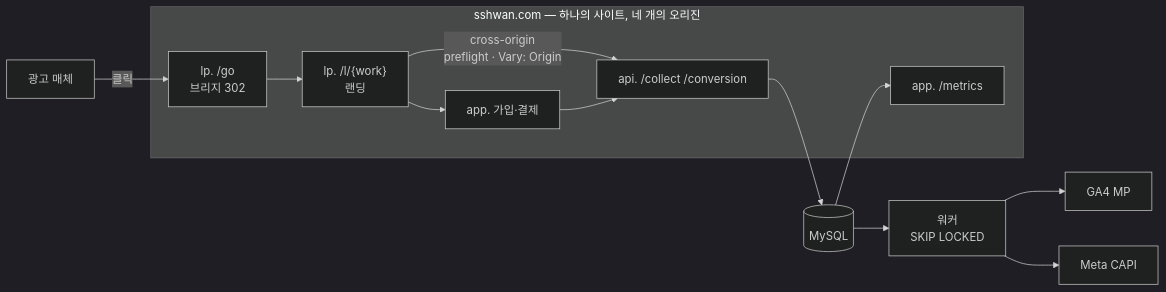
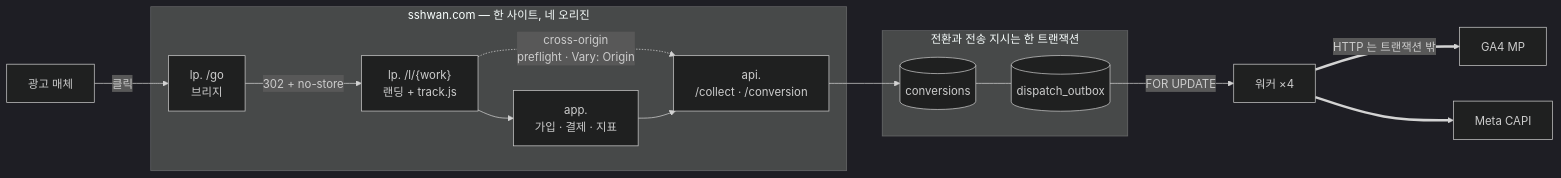
One commit to http1220/touchpoint changed the diagram in README.md. Above: the diagram before and after it, drawn with Mermaid (dark theme). The commit also changed other lines of this file, not shown here.

Commit message:
아키텍처 다이어그램에 트랜잭션 경계를 그린다
기존 다이어그램은 어떤 호스트가 있는지만 보여 줬다. 정작 이 설계에서
설명이 필요한 부분 - 전환과 전송 지시가 한 트랜잭션이고 외부 HTTP 는
그 밖이라는 것 - 이 그림에 없었다.

TX 서브그래프를 넣고, CORS 가 걸리는 구간은 점선, 트랜잭션 밖으로
나가는 HTTP 는 굵은 선으로 갈랐다. 그림 아래 세 줄이 각각 그 선
하나씩을 설명한다. 세 번째 줄이 D-1 결과와 이어진다 - 잠금 밖에
HTTP 를 둔 선택 때문에 SKIP LOCKED 가 처리량을 못 벌어 준다.

mermaid 10.9.1 로 렌더 확인.

````diff
--- a/README.md
+++ b/README.md
@@ -20,16 +20,27 @@
 ```mermaid
 flowchart LR
     AD["광고 매체"] -->|"클릭"| BR
-    subgraph SITE["sshwan.com — 하나의 사이트, 네 개의 오리진"]
-        BR["lp. /go<br/>브리지 302"] --> LP["lp. /l/{work}<br/>랜딩"]
-        APP["app. 가입·결제"]
-        MET["app. /metrics"]
-        API["api. /collect /conversion"]
+
+    subgraph SITE["sshwan.com — 한 사이트, 네 오리진"]
+        BR["lp. /go<br/>브리지"]
+        LP["lp. /l/{work}<br/>랜딩 + track.js"]
+        APP["app.<br/>가입 · 결제 · 지표"]
+        API["api.<br/>/collect · /conversion"]
     end
-    LP -->|"cross-origin<br/>preflight · Vary: Origin"| API
-    LP --> APP --> API
-    API --> DB[("MySQL")] --> W["워커<br/>SKIP LOCKED"]
-    W --> GA["GA4 MP"]
-    W --> META["Meta CAPI"]
-    DB --> MET
+
+    BR -->|"302 + no-store"| LP
+    LP -.->|"cross-origin<br/>preflight · Vary: Origin"| API
+    LP --> APP
+    APP --> API
+
+    subgraph TX["전환과 전송 지시는 한 트랜잭션"]
+        CONV[("conversions")]
+        OB[("dispatch_outbox")]
+    end
+
+    API --> CONV
+    CONV --- OB
+    OB -->|"FOR UPDATE"| W["워커 ×4"]
+    W ==>|"HTTP 는 트랜잭션 밖"| GA["GA4 MP"]
+    W ==> META["Meta CAPI"]
 ```
````
